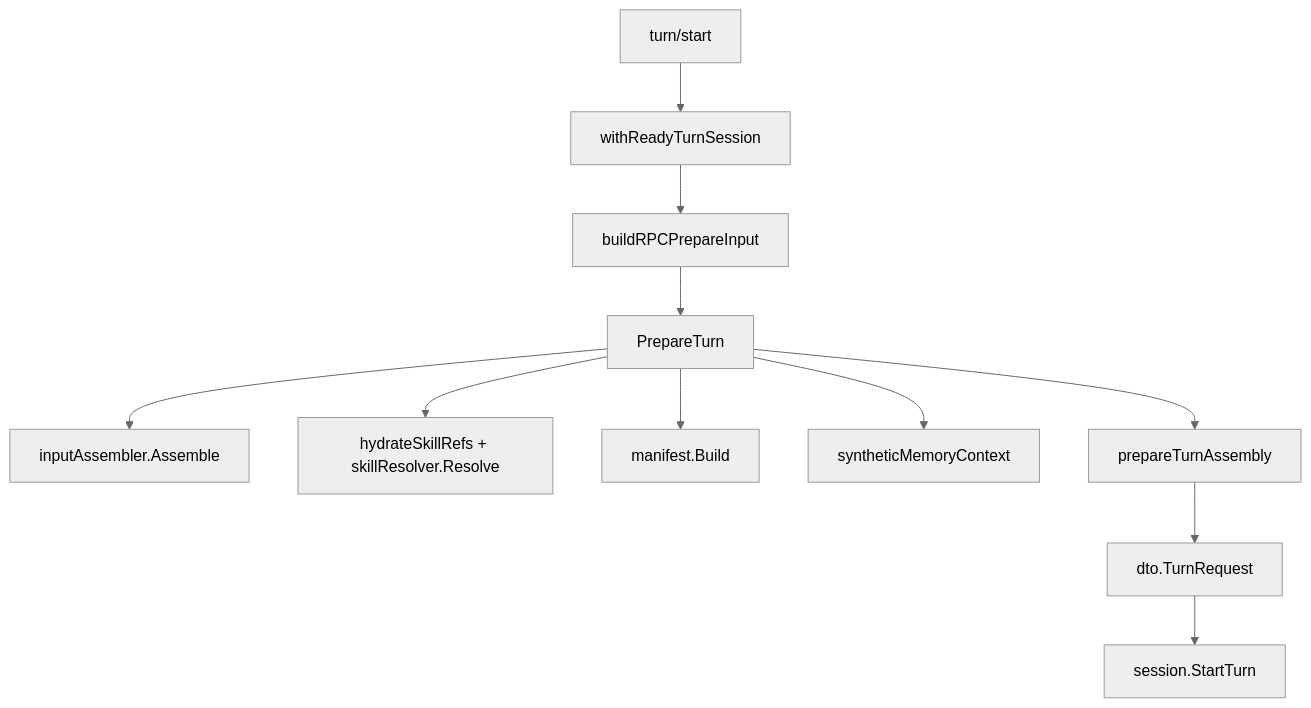
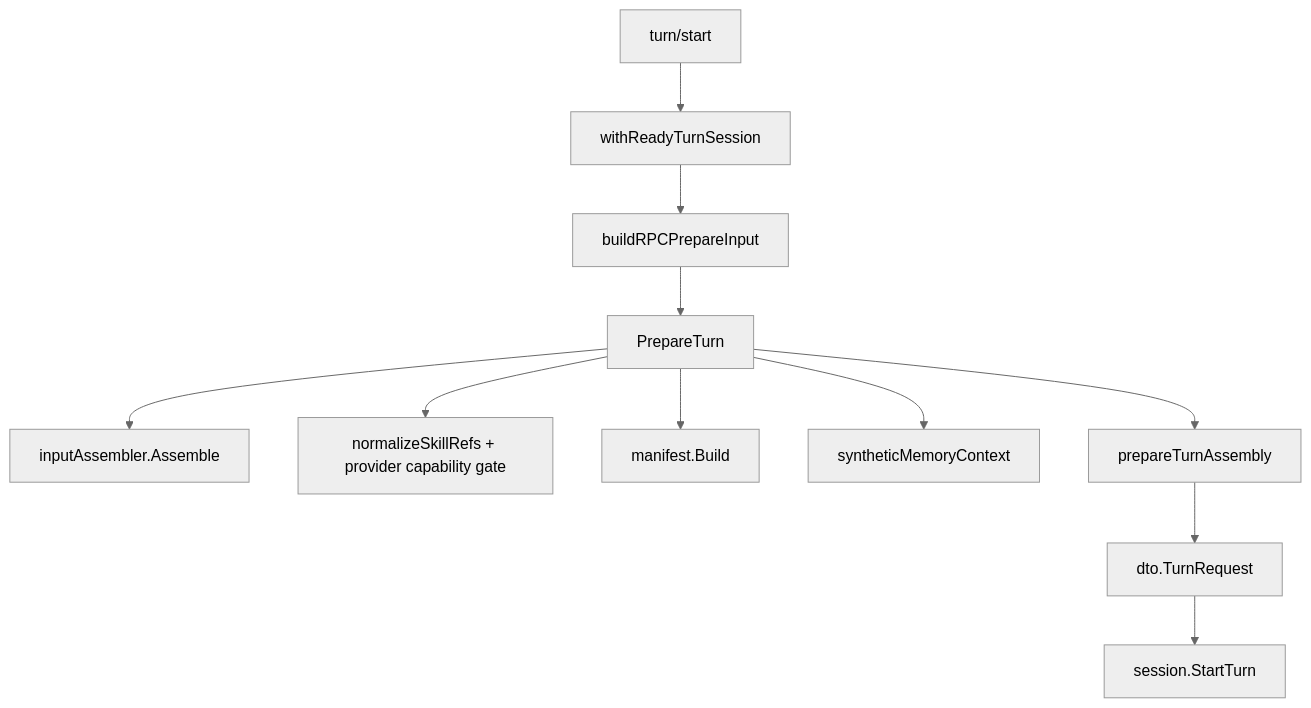
The sixth of 8 diagrams in docs/doc/codemap/07-module-write.md (lihah111222333-cloud/Super-Dolphin-Agent-Cockpit), drawn with Mermaid (neutral theme) before and after one commit. The commit also changed other lines of this file and 780 other files, not shown here.

````diff
--- a/docs/doc/codemap/07-module-write.md
+++ b/docs/doc/codemap/07-module-write.md
@@ -295,13 +295,13 @@
 ```mermaid
 flowchart TD
     RPC[turn/start] --> READY[withReadyTurnSession]
     READY --> BUILD[buildRPCPrepareInput]
     BUILD --> PREP[PrepareTurn]
     PREP --> ASM[inputAssembler.Assemble]
-    PREP --> SKILL[hydrateSkillRefs + skillResolver.Resolve]
+    PREP --> SKILL[normalizeSkillRefs + provider capability gate]
     PREP --> MCP[manifest.Build]
     PREP --> MEM[syntheticMemoryContext]
     PREP --> TA[prepareTurnAssembly]
     TA --> REQ[dto.TurnRequest]
     REQ --> START[session.StartTurn]
 ```
````
